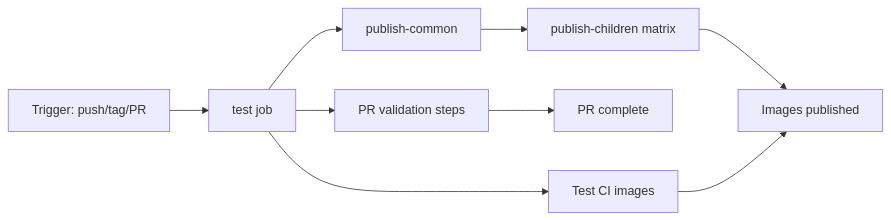
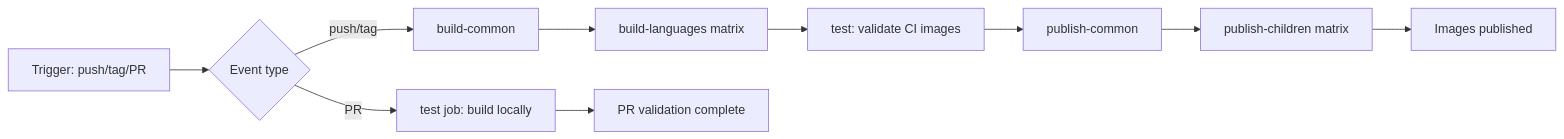
The diagram in README.md (get2knowio/devcontainer-base), drawn with Mermaid before and after one commit. The commit also changed other lines of this file and 1 other file, not shown here.

````diff
--- a/README.md
+++ b/README.md
@@ -324,13 +324,12 @@
 ```mermaid
 flowchart LR
-    A[Trigger: push/tag/PR] --> B[test job]
-    B --> C[publish-common]
-    C --> D[publish-children matrix]
-    D --> E[Images published]
-    
-    B --> F[PR validation steps]
-    F --> G[PR complete]
-    
-    B --> H[Test CI images]
-    H --> E
+    A[Trigger: push/tag/PR] --> B{Event type}
+    B -->|push/tag| C[build-common]
+    B -->|PR| F[test job: build locally]
+    C --> D[build-languages matrix]
+    D --> E[test: validate CI images]
+    E --> G[publish-common]
+    G --> H[publish-children matrix]
+    H --> I[Images published]
+    F --> J[PR validation complete]
 ```
````
